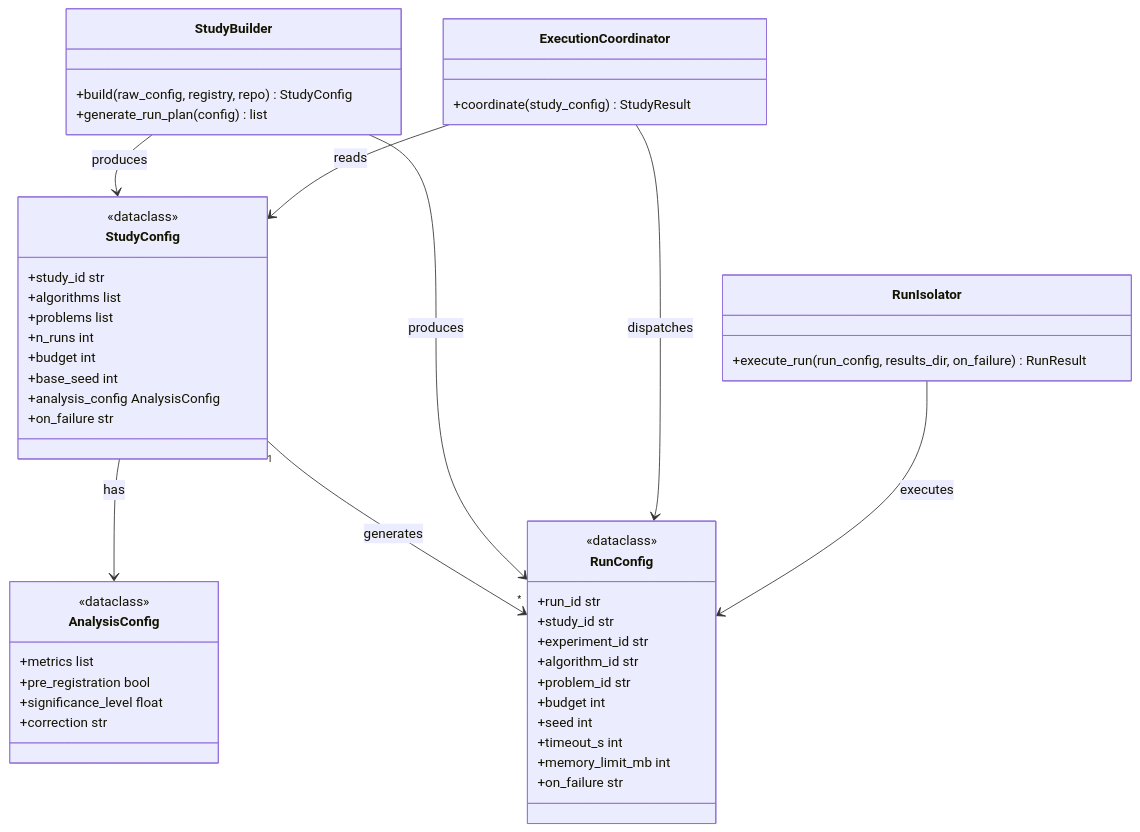
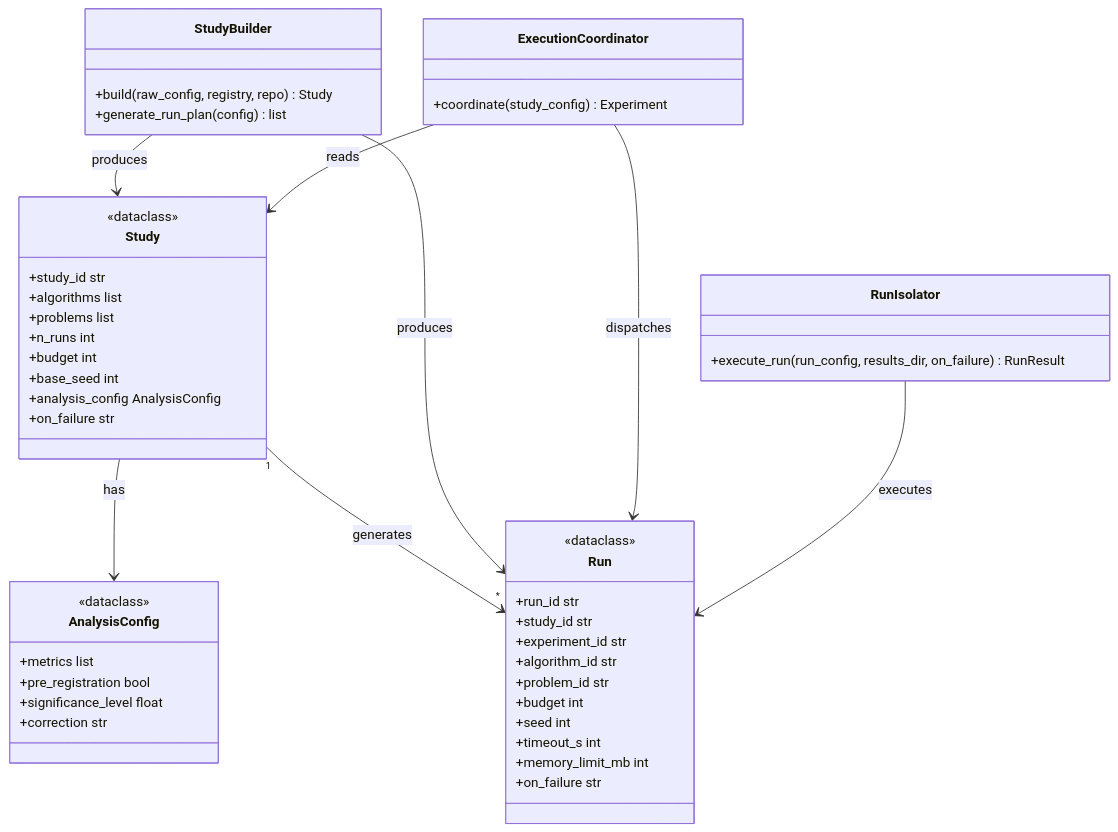
One commit to jedrzejpolaczek/aviarium.corvidae.corvus_corone changed the diagram in docs/02-design/02-architecture/05-c4-level4-code/02-shared/04-study-spec.md. Above: the diagram before and after it, drawn with Mermaid. The commit also changed other lines of this file and 67 other files, not shown here.

````diff
--- a/docs/02-design/02-architecture/05-c4-level4-code/02-shared/04-study-spec.md
+++ b/docs/02-design/02-architecture/05-c4-level4-code/02-shared/04-study-spec.md
@@ -107,57 +107,57 @@
 ```mermaid
 classDiagram
-  class StudyConfig {
+  class Study {
     <<dataclass>>
     +study_id str
     +algorithms list
     +problems list
     +n_runs int
     +budget int
     +base_seed int
     +analysis_config AnalysisConfig
     +on_failure str
   }
 
-  class RunConfig {
+  class Run {
     <<dataclass>>
     +run_id str
     +study_id str
     +experiment_id str
     +algorithm_id str
     +problem_id str
     +budget int
     +seed int
     +timeout_s int
     +memory_limit_mb int
     +on_failure str
   }
 
   class AnalysisConfig {
     <<dataclass>>
     +metrics list
     +pre_registration bool
     +significance_level float
     +correction str
   }
 
   class StudyBuilder {
-    +build(raw_config, registry, repo) StudyConfig
+    +build(raw_config, registry, repo) Study
     +generate_run_plan(config) list
   }
 
   class ExecutionCoordinator {
-    +coordinate(study_config) StudyResult
+    +coordinate(study_config) Experiment
   }
 
   class RunIsolator {
     +execute_run(run_config, results_dir, on_failure) RunResult
   }
 
-  StudyConfig --> AnalysisConfig : has
-  StudyConfig "1" --> "*" RunConfig : generates
-  StudyBuilder --> StudyConfig : produces
-  StudyBuilder --> RunConfig : produces
-  ExecutionCoordinator --> StudyConfig : reads
-  ExecutionCoordinator --> RunConfig : dispatches
-  RunIsolator --> RunConfig : executes
+  Study --> AnalysisConfig : has
+  Study "1" --> "*" Run : generates
+  StudyBuilder --> Study : produces
+  StudyBuilder --> Run : produces
+  ExecutionCoordinator --> Study : reads
+  ExecutionCoordinator --> Run : dispatches
+  RunIsolator --> Run : executes
 ```
````
